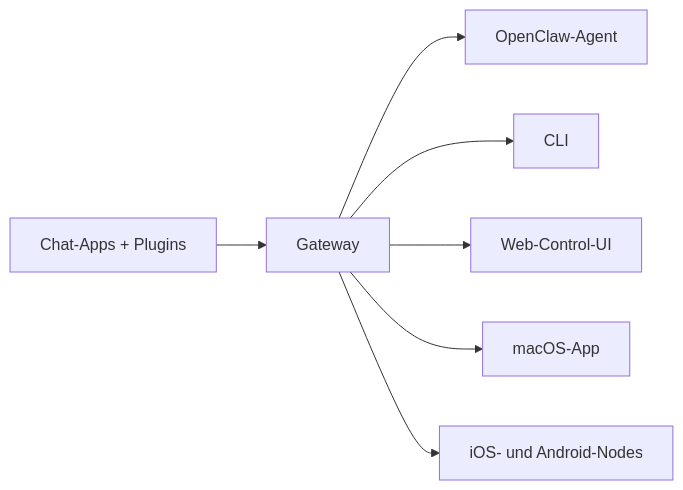
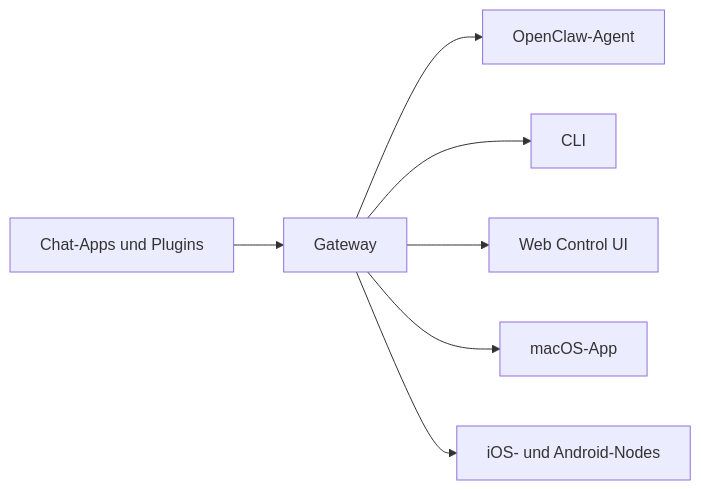
One commit to openclaw/docs changed the diagram in docs/de/index.md. Above: the diagram before and after it, drawn with Mermaid. The commit also changed other lines of this file and 11240 other files, not shown here.

````diff
--- a/docs/de/index.md
+++ b/docs/de/index.md
@@ -114,9 +113,9 @@
 ```mermaid
 flowchart LR
-  A["Chat-Apps + Plugins"] --> B["Gateway"]
+  A["Chat-Apps und Plugins"] --> B["Gateway"]
   B --> C["OpenClaw-Agent"]
   B --> D["CLI"]
-  B --> E["Web-Control-UI"]
+  B --> E["Web Control UI"]
   B --> F["macOS-App"]
   B --> G["iOS- und Android-Nodes"]
 ```
````
